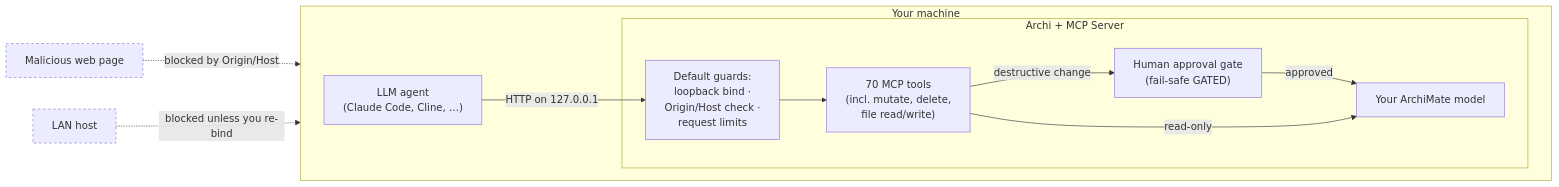
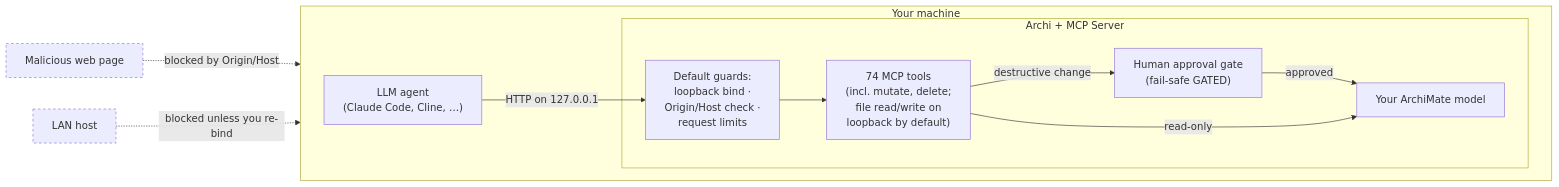
Before and after one commit to fanievh/archi-mcp-server: the diagram in SECURITY.md, drawn with Mermaid. The commit also changed other lines of this file and 694 other files, not shown here.

````diff
--- a/SECURITY.md
+++ b/SECURITY.md
@@ -25,23 +25,23 @@
 ```mermaid
 flowchart LR
     subgraph machine["Your machine"]
         direction LR
         agent["LLM agent<br/>(Claude Code, Cline, …)"]
         subgraph archi["Archi + MCP Server"]
             gate["Default guards:<br/>loopback bind ·<br/>Origin/Host check ·<br/>request limits"]
-            tools["70 MCP tools<br/>(incl. mutate, delete,<br/>file read/write)"]
+            tools["74 MCP tools<br/>(incl. mutate, delete;<br/>file read/write on<br/>loopback by default)"]
             human["Human approval gate<br/>(fail-safe GATED)"]
             model["Your ArchiMate model"]
             gate --> tools
             tools -->|destructive change| human
             human -->|approved| model
             tools -->|read-only| model
         end
         agent -->|"HTTP on 127.0.0.1"| gate
     end
     web["Malicious web page"] -. blocked by Origin/Host .-> gate
     lan["LAN host"] -. blocked unless you re-bind .-> gate
 
     classDef block stroke-dasharray: 4 4;
     class web,lan block;
 ```
````
